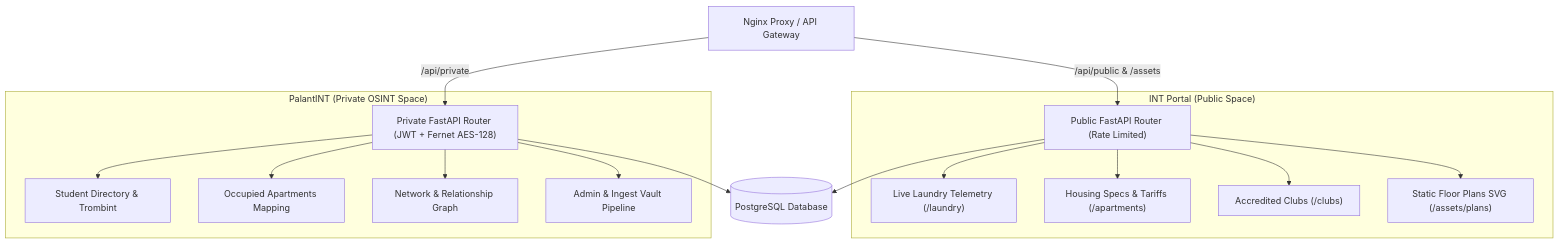
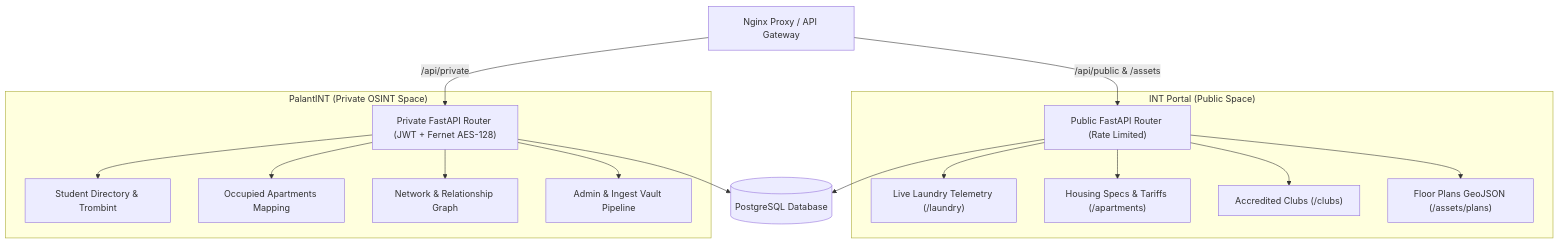
Before and after one commit to INT-Scripts/PalantINT: the diagram in AGENTS.md, drawn with Mermaid. The commit also changed other lines of this file and 10 other files, not shown here.

````diff
--- a/AGENTS.md
+++ b/AGENTS.md
@@ -9,35 +9,35 @@
 ```mermaid
 flowchart TD
     Proxy["Nginx Proxy / API Gateway"]
     
     subgraph INTPortal["INT Portal (Public Space)"]
         PubAPI["Public FastAPI Router (Rate Limited)"]
         Laundry["Live Laundry Telemetry (/laundry)"]
         Housing["Housing Specs & Tariffs (/apartments)"]
         Clubs["Accredited Clubs (/clubs)"]
-        Plans["Static Floor Plans SVG (/assets/plans)"]
+        Plans["Floor Plans GeoJSON (/assets/plans)"]
         
         PubAPI --> Laundry
         PubAPI --> Housing
         PubAPI --> Clubs
         PubAPI --> Plans
     end
 
     subgraph PalantINT["PalantINT (Private OSINT Space)"]
         PrivAPI["Private FastAPI Router (JWT + Fernet AES-128)"]
         Directory["Student Directory & Trombint"]
         Occupants["Occupied Apartments Mapping"]
         Graph["Network & Relationship Graph"]
         Admin["Admin & Ingest Vault Pipeline"]
         
         PrivAPI --> Directory
         PrivAPI --> Occupants
         PrivAPI --> Graph
         PrivAPI --> Admin
     end
 
     Proxy -->|"/api/public & /assets"| PubAPI
     Proxy -->|"/api/private"| PrivAPI
     PubAPI --> DB[("PostgreSQL Database")]
     PrivAPI --> DB
 ```
````
